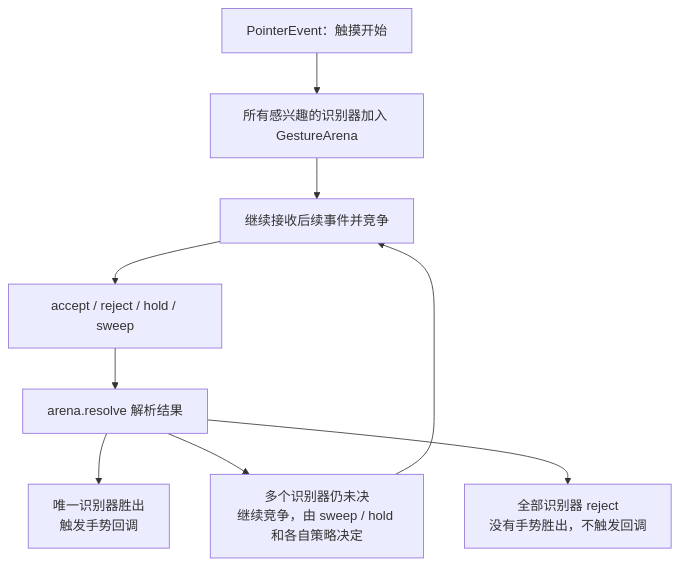
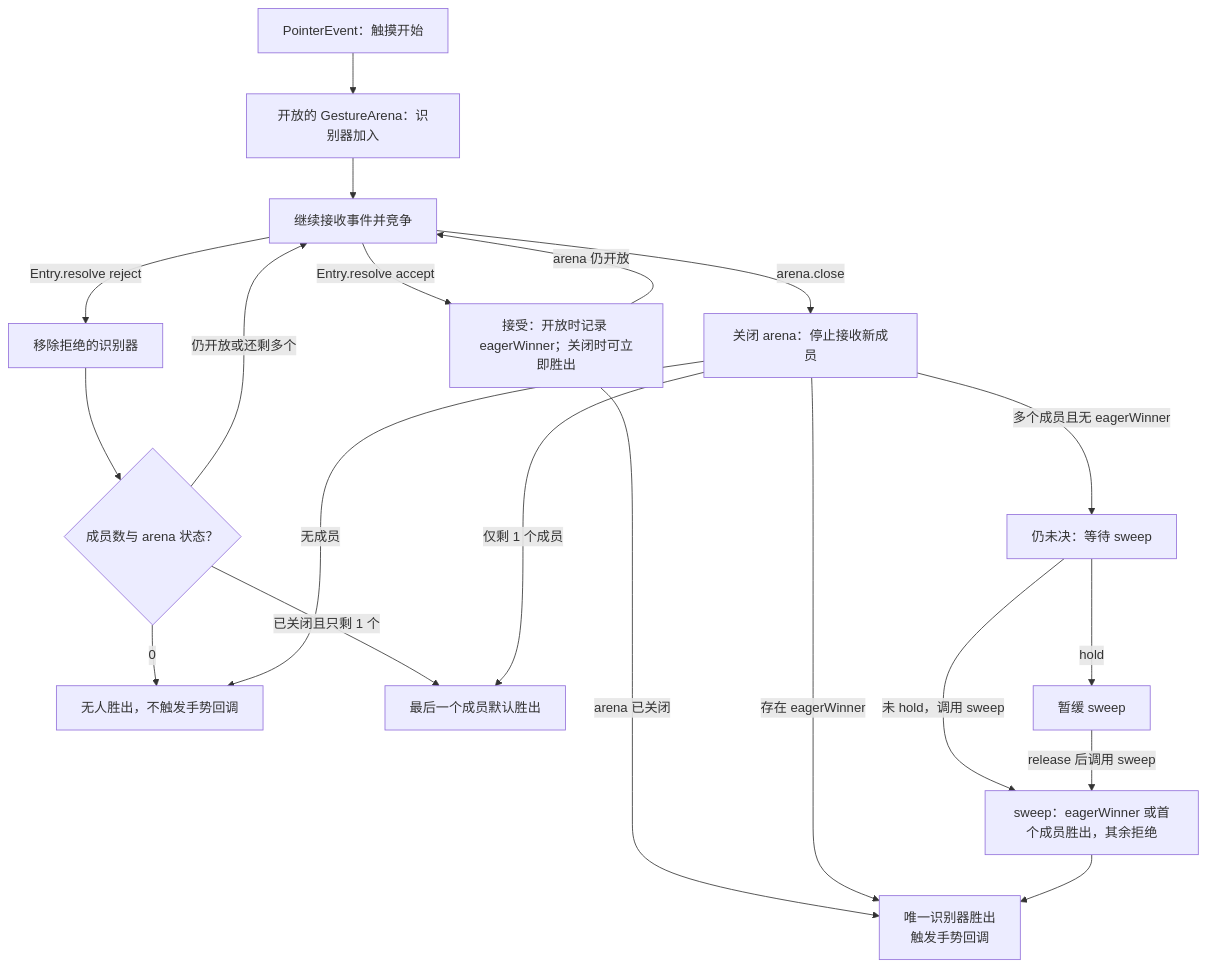
The diagram in content/Flutter/底层原理/26 Flutter 用户输入与事件响应机制.md (xiehanff/myblog), drawn with Mermaid before and after one commit. The commit also changed other lines of this file and 16 other files, not shown here.

First line of the commit message:
docs: 替换旧图片为 Mermaid 图表并完善内容说明

````diff
--- a/content/Flutter/底层原理/26 Flutter 用户输入与事件响应机制.md
+++ b/content/Flutter/底层原理/26 Flutter 用户输入与事件响应机制.md
@@ -134,11 +134,22 @@
 ```mermaid
 flowchart TD
-  Start[PointerEvent：触摸开始] --> Arena[所有感兴趣的识别器加入 GestureArena]
-  Arena --> Compete[继续接收后续事件并竞争]
-  Compete --> Decision[accept / reject / hold / sweep]
-  Decision --> Resolve[arena.resolve 解析结果]
-  Resolve --> Winner[唯一识别器胜出<br/>触发手势回调]
-  Resolve --> Pending[多个识别器仍未决<br/>继续竞争，由 sweep / hold 和各自策略决定]
-  Pending --> Compete
-  Resolve --> Rejected[全部识别器 reject<br/>没有手势胜出，不触发回调]
+  Start[PointerEvent：触摸开始] --> Arena[开放的 GestureArena：识别器加入]
+  Arena --> Compete[继续接收事件并竞争]
+  Compete -->|Entry.resolve accept| Accept[接受：开放时记录 eagerWinner；关闭时可立即胜出]
+  Accept -->|arena 仍开放| Compete
+  Accept -->|arena 已关闭| Winner
+  Compete -->|Entry.resolve reject| Reject[移除拒绝的识别器]
+  Reject --> Remaining{成员数与 arena 状态？}
+  Remaining -->|0| NoWinner[无人胜出，不触发手势回调]
+  Remaining -->|已关闭且只剩 1 个| DefaultWinner[最后一个成员默认胜出]
+  Remaining -->|仍开放或还剩多个| Compete
+  Compete -->|arena.close| Close[关闭 arena：停止接收新成员]
+  Close -->|无成员| NoWinner
+  Close -->|存在 eagerWinner| Winner[唯一识别器胜出<br/>触发手势回调]
+  Close -->|仅剩 1 个成员| DefaultWinner
+  Close -->|多个成员且无 eagerWinner| Closed[仍未决：等待 sweep]
+  Closed -->|未 hold，调用 sweep| Sweep[sweep：eagerWinner 或首个成员胜出，其余拒绝]
+  Closed -->|hold| Held[暂缓 sweep]
+  Held -->|release 后调用 sweep| Sweep
+  Sweep --> Winner[唯一识别器胜出<br/>触发手势回调]
 ```
````
